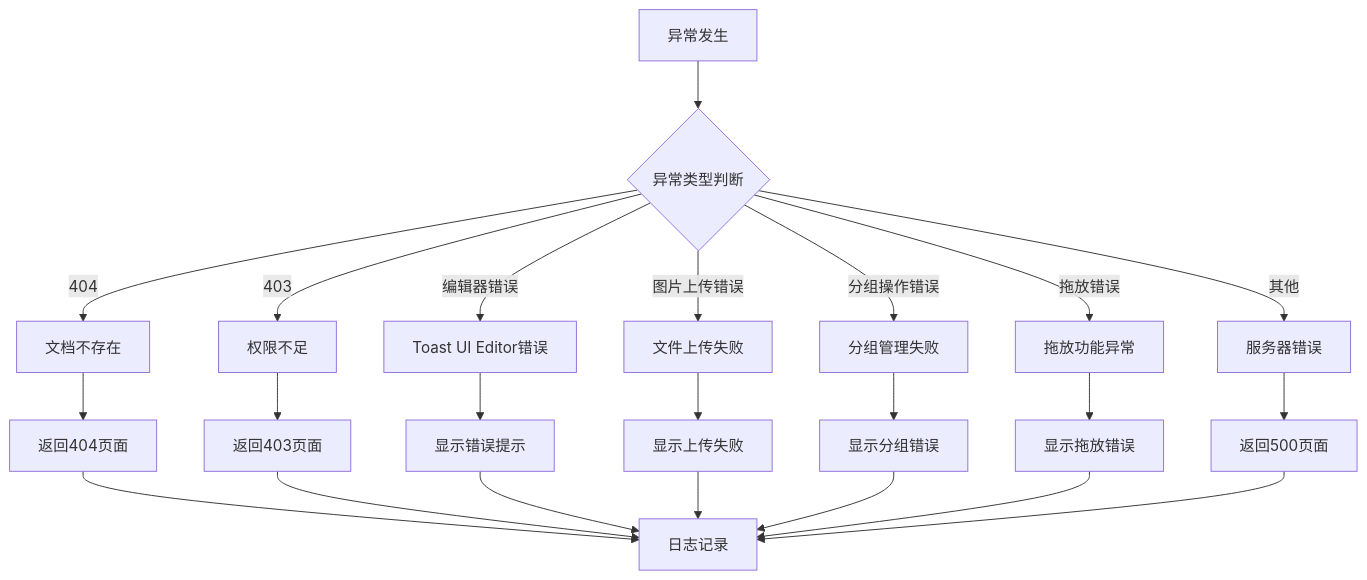
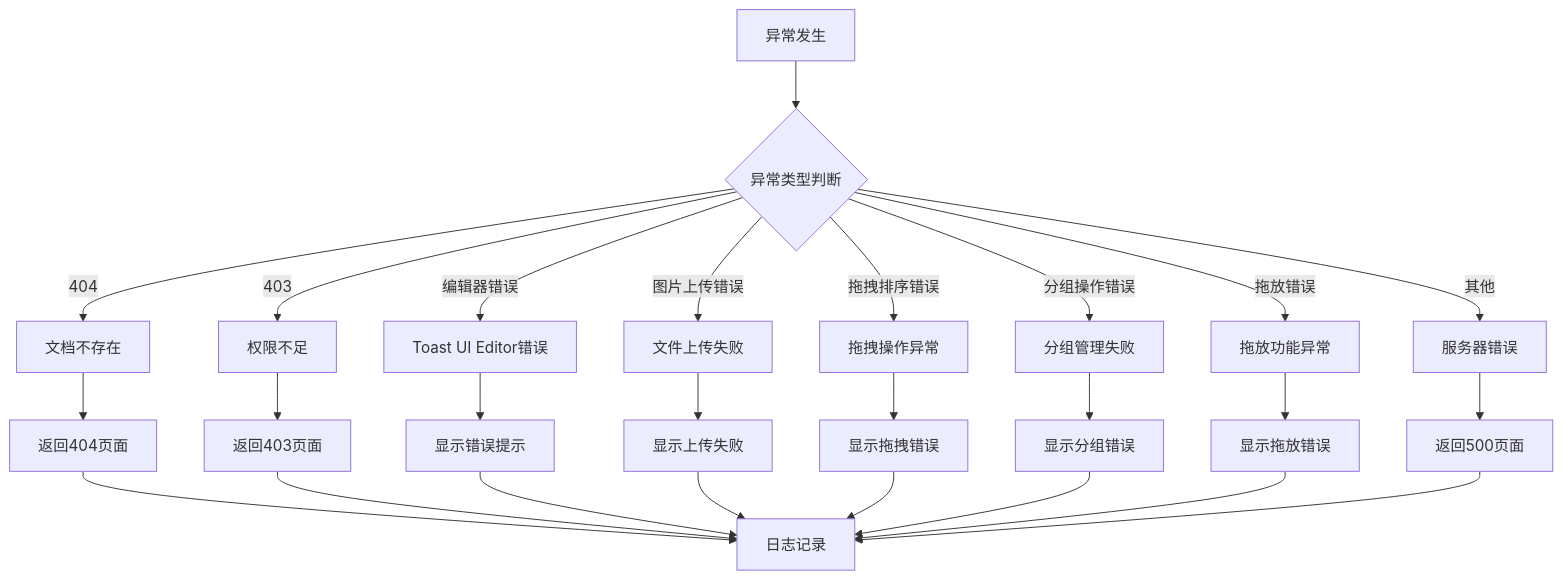
Before and after one commit to beyondalbert/my_wiki: diagram 20 of 20 in .qoder/repowiki/zh/content/架构设计/蓝图系统设计/文档蓝图 (Document Blueprint).md, drawn with Mermaid. The commit also changed other lines of this file and 6 other files, not shown here.

````diff
--- a/.qoder/repowiki/zh/content/架构设计/蓝图系统设计/文档蓝图 (Document Blueprint).md
+++ b/.qoder/repowiki/zh/content/架构设计/蓝图系统设计/文档蓝图 (Document Blueprint).md
@@ -907,25 +968,28 @@
 ```mermaid
 flowchart TD
 A[异常发生] --> B{异常类型判断}
 B --> |404| C[文档不存在]
 B --> |403| D[权限不足]
 B --> |编辑器错误| E[Toast UI Editor错误]
 B --> |图片上传错误| F[文件上传失败]
-B --> |分组操作错误| G[分组管理失败]
-B --> |拖放错误| H[拖放功能异常]
-B --> |其他| I[服务器错误]
-C --> J[返回404页面]
-D --> K[返回403页面]
-E --> L[显示错误提示]
-F --> M[显示上传失败]
-G --> N[显示分组错误]
-H --> O[显示拖放错误]
-I --> P[返回500页面]
-J --> Q[日志记录]
-K --> Q
-L --> Q
-M --> Q
-N --> Q
-O --> Q
-P --> Q
+B --> |拖拽排序错误| G[拖拽操作异常]
+B --> |分组操作错误| H[分组管理失败]
+B --> |拖放错误| I[拖放功能异常]
+B --> |其他| J[服务器错误]
+C --> K[返回404页面]
+D --> L[返回403页面]
+E --> M[显示错误提示]
+F --> N[显示上传失败]
+G --> O[显示拖拽错误]
+H --> P[显示分组错误]
+I --> Q[显示拖放错误]
+J --> R[返回500页面]
+K --> S[日志记录]
+L --> S
+M --> S
+N --> S
+O --> S
+P --> S
+Q --> S
+R --> S
 ```
````
